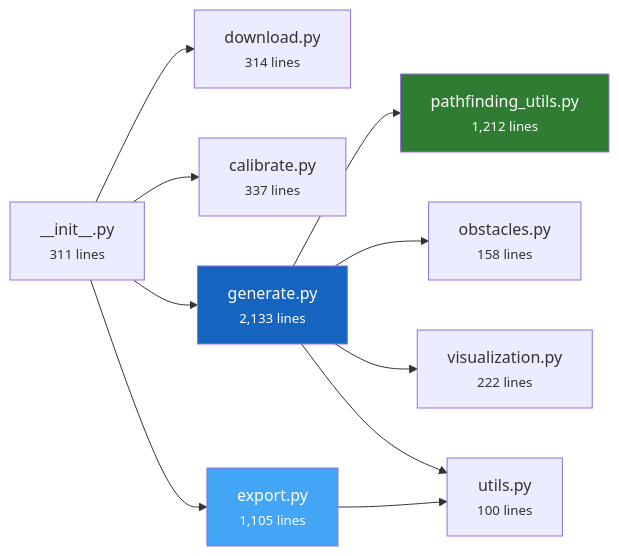
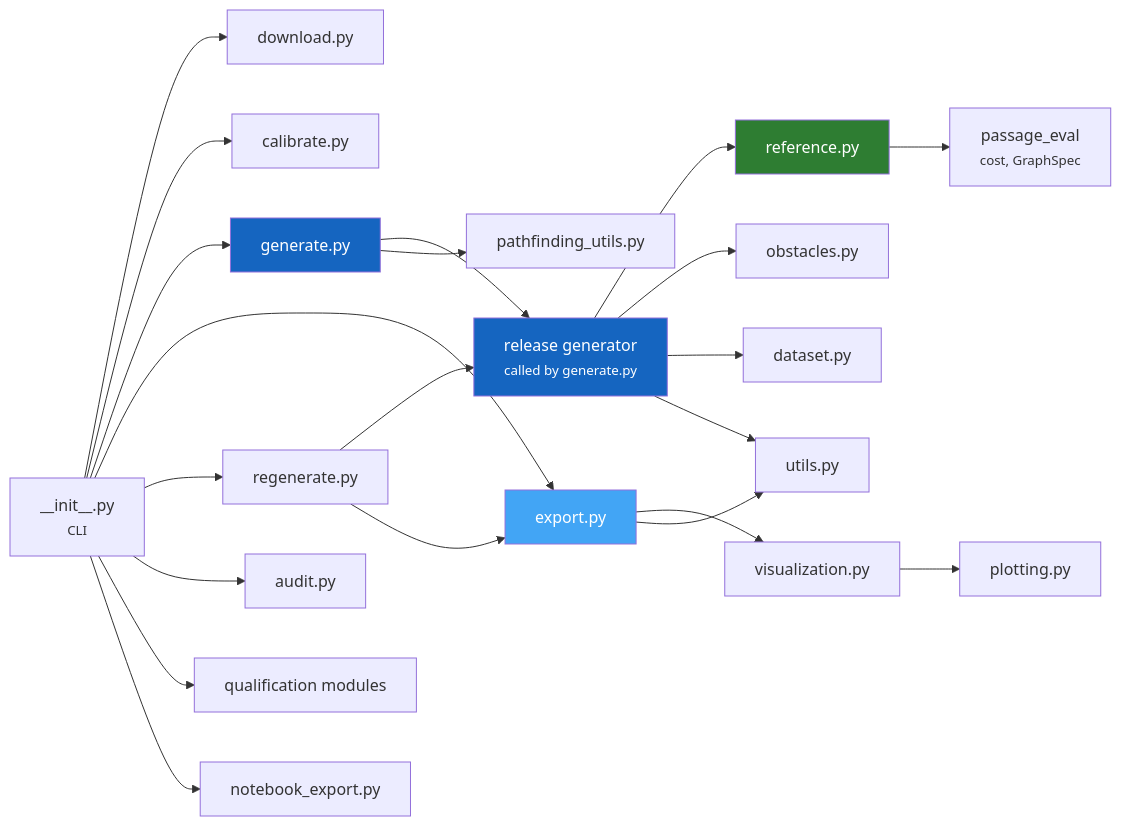
One commit to ThalesGroup/passage changed the diagram in docs/architecture/modules.md. Above: the diagram before and after it, drawn with Mermaid. The commit also changed other lines of this file and 69 other files, not shown here.

````diff
--- a/docs/architecture/modules.md
+++ b/docs/architecture/modules.md
@@ -13,18 +13,29 @@
 ```mermaid
 graph LR
-    INIT["__init__.py<br><small>311 lines</small>"] --> DL["download.py<br><small>314 lines</small>"]
-    INIT --> CAL["calibrate.py<br><small>337 lines</small>"]
-    INIT --> GEN["generate.py<br><small>2,133 lines</small>"]
-    INIT --> EXP["export.py<br><small>1,105 lines</small>"]
+    INIT["__init__.py<br><small>CLI</small>"] --> DL["download.py"]
+    INIT --> CAL["calibrate.py"]
+    INIT --> GEN["generate.py"]
+    INIT --> EXP["export.py"]
+    INIT --> REG["regenerate.py"]
+    INIT --> AUD["audit.py"]
+    INIT --> QUA["qualification modules"]
+    INIT --> NBX["notebook_export.py"]
 
-    GEN --> PF["pathfinding_utils.py<br><small>1,212 lines</small>"]
-    GEN --> OBS["obstacles.py<br><small>158 lines</small>"]
-    GEN --> VIZ["visualization.py<br><small>222 lines</small>"]
-    GEN --> UTL["utils.py<br><small>100 lines</small>"]
-
+    GEN --> RG["release generator<br><small>called by generate.py</small>"]
+    REG --> RG
+    REG --> EXP
+    RG --> REF["reference.py"]
+    RG --> OBS["obstacles.py"]
+    RG --> DS["dataset.py"]
+    RG --> UTL["utils.py"]
+    GEN --> PF["pathfinding_utils.py"]
+    EXP --> VIZ["visualization.py"]
+    VIZ --> PLT["plotting.py"]
     EXP --> UTL
+    REF --> PE["passage_eval<br><small>cost, GraphSpec</small>"]
 
     style GEN fill:#1565C0,color:#fff
-    style PF fill:#2E7D32,color:#fff
+    style RG fill:#1565C0,color:#fff
+    style REF fill:#2E7D32,color:#fff
     style EXP fill:#42A5F5,color:#fff
 ```
````
